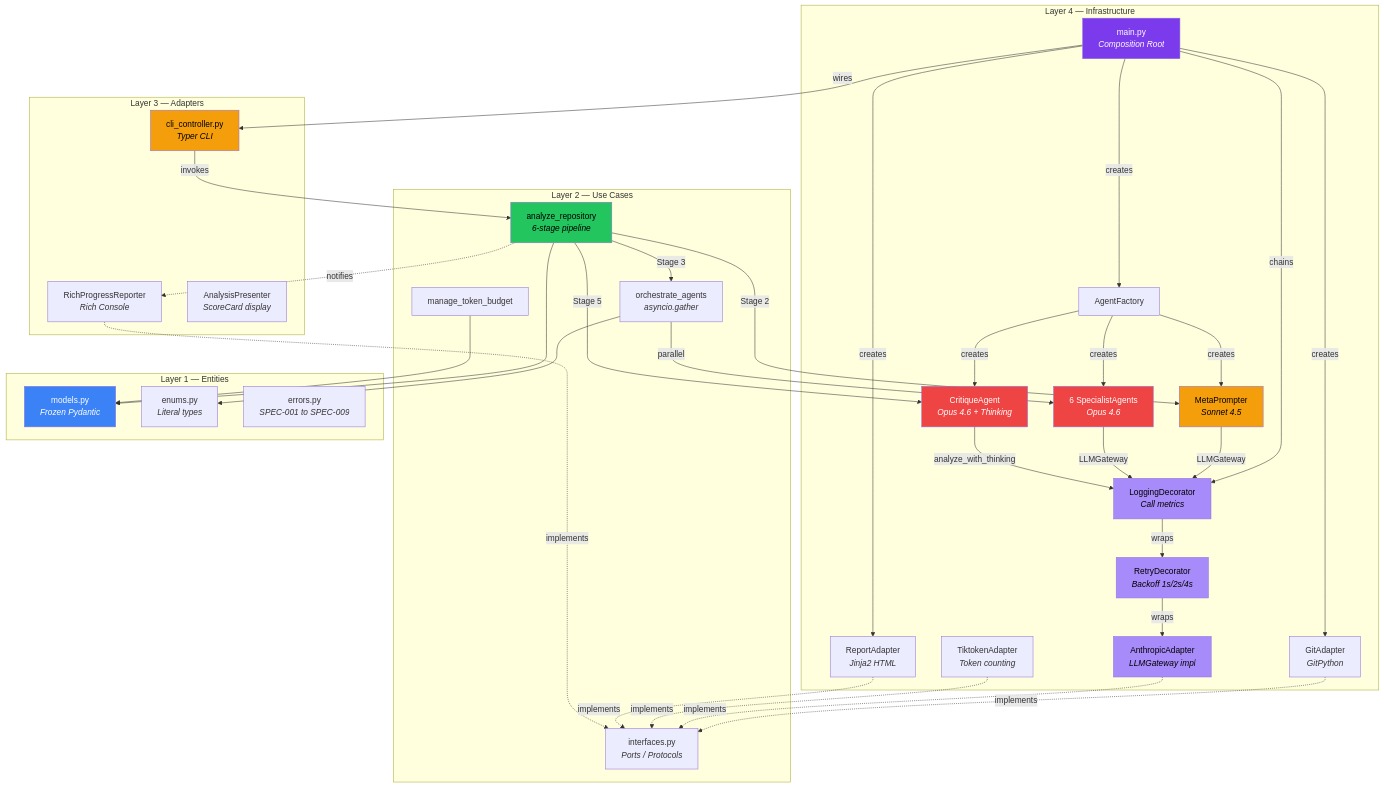
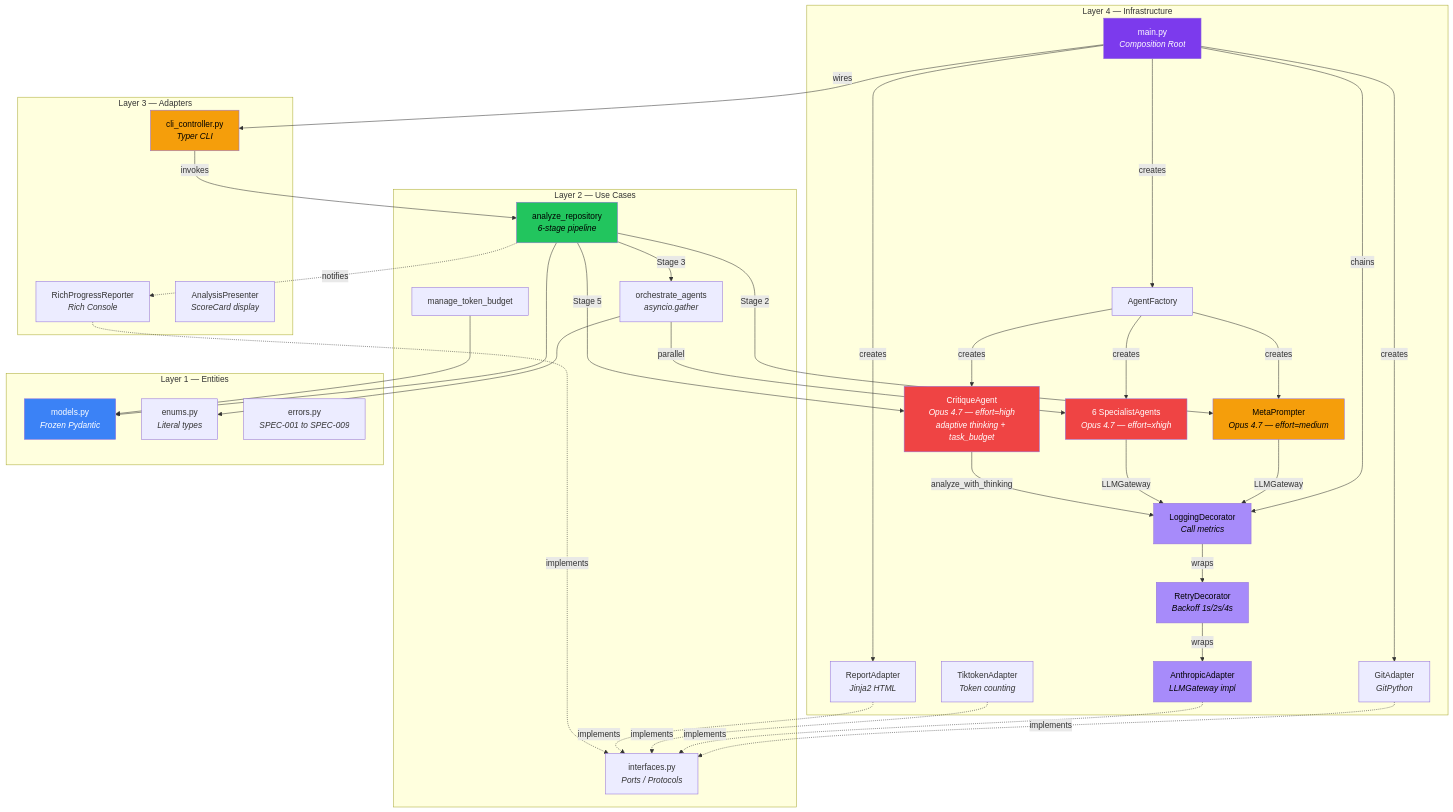
Before and after one commit to leocder07/spectra: the first of 4 diagrams in docs/diagrams/hld-system-architecture.md, drawn with Mermaid. The commit also changed other lines of this file and 15 other files, not shown here.

```diff
--- a/docs/diagrams/hld-system-architecture.md
+++ b/docs/diagrams/hld-system-architecture.md
@@ -13,9 +13,9 @@
         TIKTOKEN["TiktokenAdapter<br/><i>Token counting</i>"]
         REPORT["ReportAdapter<br/><i>Jinja2 HTML</i>"]
         FACTORY["AgentFactory"]
-        META["MetaPrompter<br/><i>Sonnet 4.5</i>"]
-        SPEC_AGENTS["6 SpecialistAgents<br/><i>Opus 4.6</i>"]
-        CRITIQUE["CritiqueAgent<br/><i>Opus 4.6 + Thinking</i>"]
+        META["MetaPrompter<br/><i>Opus 4.7 — effort=medium</i>"]
+        SPEC_AGENTS["6 SpecialistAgents<br/><i>Opus 4.7 — effort=xhigh</i>"]
+        CRITIQUE["CritiqueAgent<br/><i>Opus 4.7 — effort=high<br/>adaptive thinking + task_budget</i>"]
     end
 
     subgraph "Layer 3 — Adapters"
```
